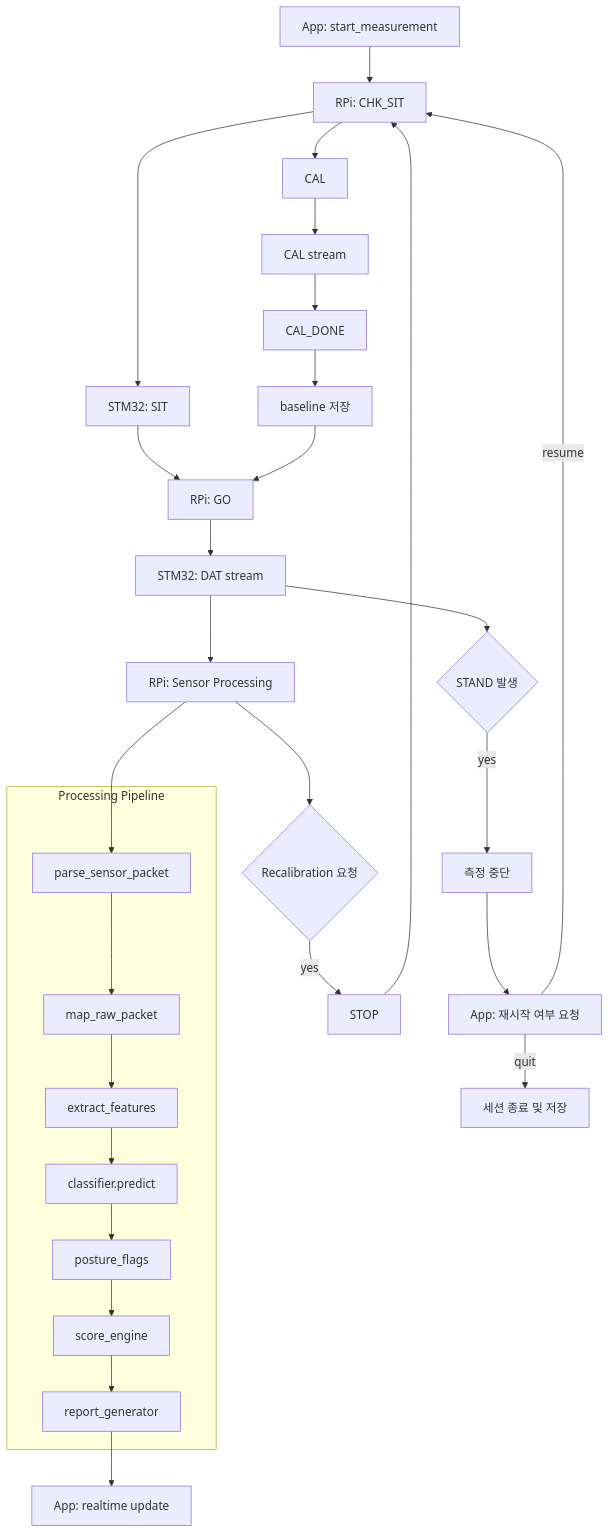
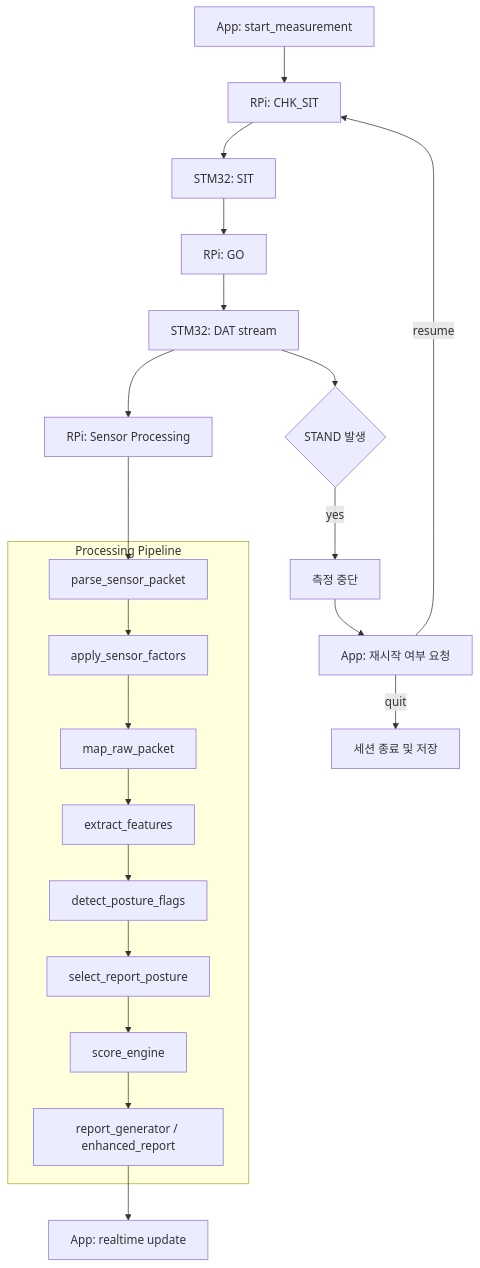
Before and after one commit to gwonxhj/edge-posture-monitor: the second of 4 diagrams in README.md, drawn with Mermaid. The commit also changed other lines of this file and 27 other files, not shown here.

````diff
--- a/README.md
+++ b/README.md
@@ -124,41 +129,31 @@
 ```mermaid
 flowchart TD
 
     A[App: start_measurement] --> B[RPi: CHK_SIT]
     B --> C[STM32: SIT]
     C --> D[RPi: GO]
     D --> E[STM32: DAT stream]
 
     E --> F[RPi: Sensor Processing]
 
     subgraph Processing Pipeline
         F1[parse_sensor_packet]
-        F2[map_raw_packet]
-        F3[extract_features]
-        F4[classifier.predict]
-        F5[posture_flags]
-        F6[score_engine]
-        F7[report_generator]
+        F2[apply_sensor_factors]
+        F3[map_raw_packet]
+        F4[extract_features]
+        F5[detect_posture_flags]
+        F6[select_report_posture]
+        F7[score_engine]
+        F8[report_generator / enhanced_report]
     end
 
-    F --> F1 --> F2 --> F3 --> F4 --> F5 --> F6 --> F7
-    F7 --> G[App: realtime update]
+    F --> F1 --> F2 --> F3 --> F4 --> F5 --> F6 --> F7 --> F8
+    F8 --> G[App: realtime update]
 
-    %% STAND flow
     E --> H{STAND 발생}
     H -->|yes| I[측정 중단]
     I --> J[App: 재시작 여부 요청]
 
     J -->|resume| B
     J -->|quit| K[세션 종료 및 저장]
-
-    %% Recalibration flow
-    F --> L{Recalibration 요청}
-    L -->|yes| M[STOP]
-    M --> B
-    B --> N[CAL]
-    N --> O[CAL stream]
-    O --> P[CAL_DONE]
-    P --> Q[baseline 저장]
-    Q --> D
 ```
````
